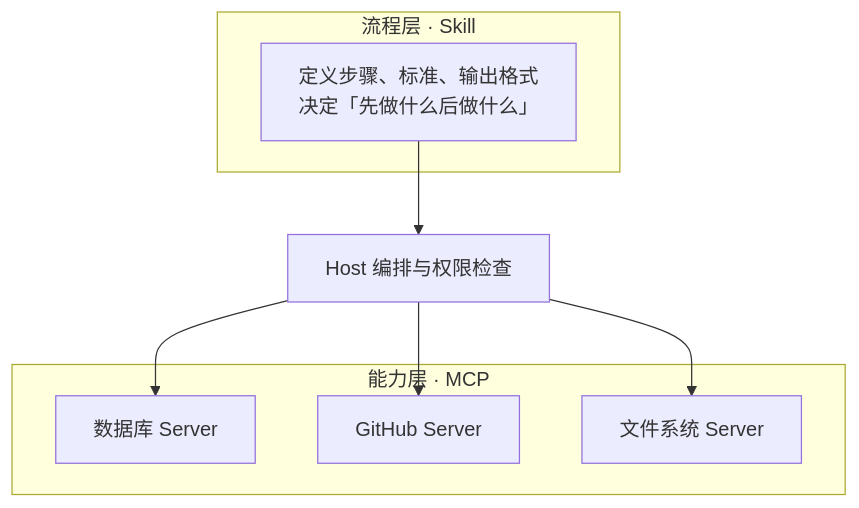
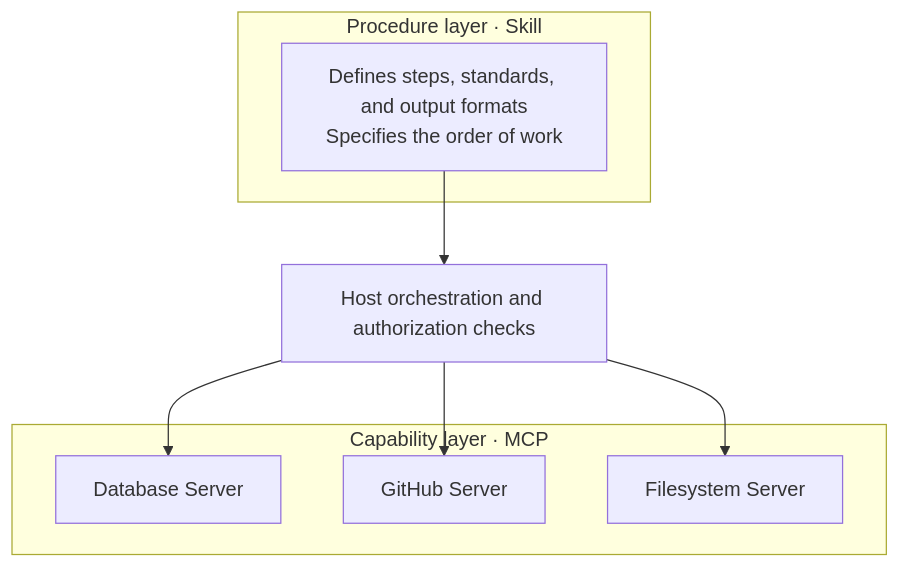
The fourth of 4 diagrams in docs/tools/03-skills/09-skill-vs-mcp.md (oneleaveknowsthefall/awesome-ai-roadmap), drawn with Mermaid before and after one commit. The commit also changed other lines of this file and 42 other files, not shown here.

````diff
--- a/docs/tools/03-skills/09-skill-vs-mcp.md
+++ b/docs/tools/03-skills/09-skill-vs-mcp.md
@@ -129,17 +129,17 @@
 ```mermaid
 flowchart TB
-    subgraph LAYER1["流程层 · Skill"]
-        SK["定义步骤、标准、输出格式<br/>决定「先做什么后做什么」"]
+    subgraph LAYER1["Procedure layer · Skill"]
+        SK["Defines steps, standards, and output formats<br/>Specifies the order of work"]
     end
 
-    subgraph LAYER2["能力层 · MCP"]
-        T1[数据库 Server]
+    subgraph LAYER2["Capability layer · MCP"]
+        T1[Database Server]
         T2[GitHub Server]
-        T3[文件系统 Server]
+        T3[Filesystem Server]
     end
 
-    SK --> H["Host 编排与权限检查"]
+    SK --> H["Host orchestration and authorization checks"]
     H --> T1
     H --> T2
     H --> T3
 ```
````
